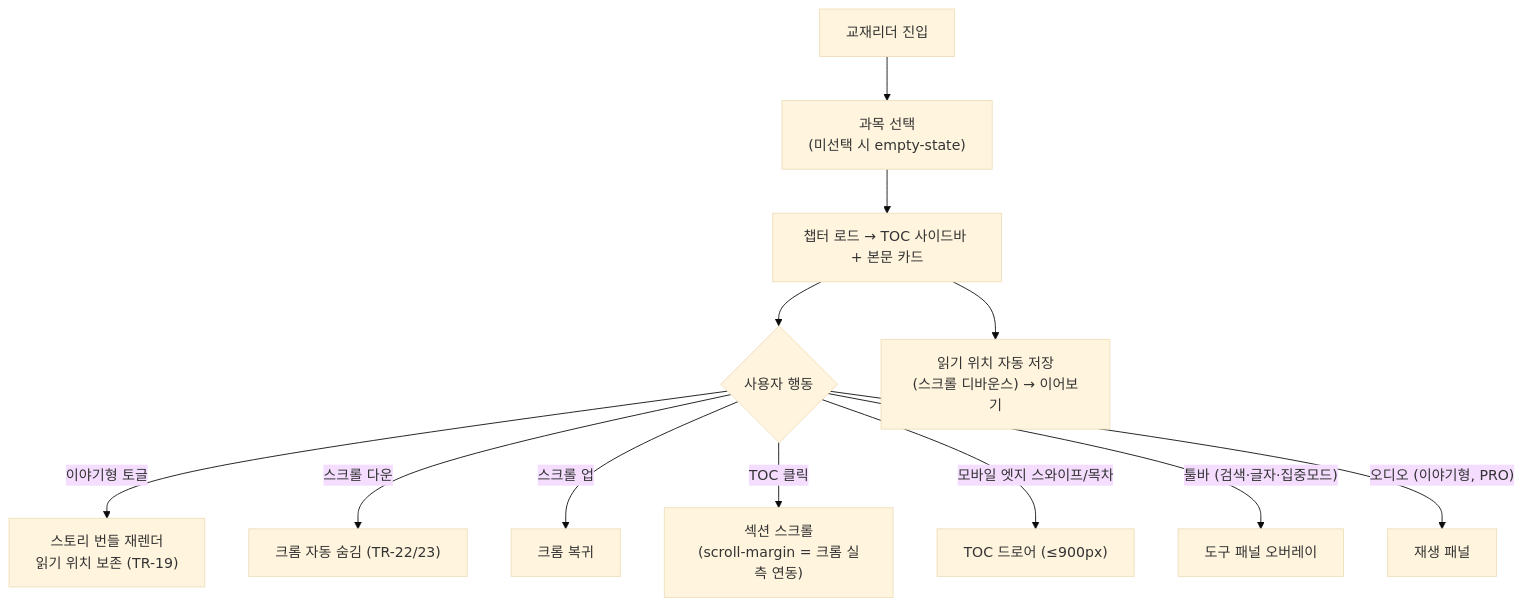
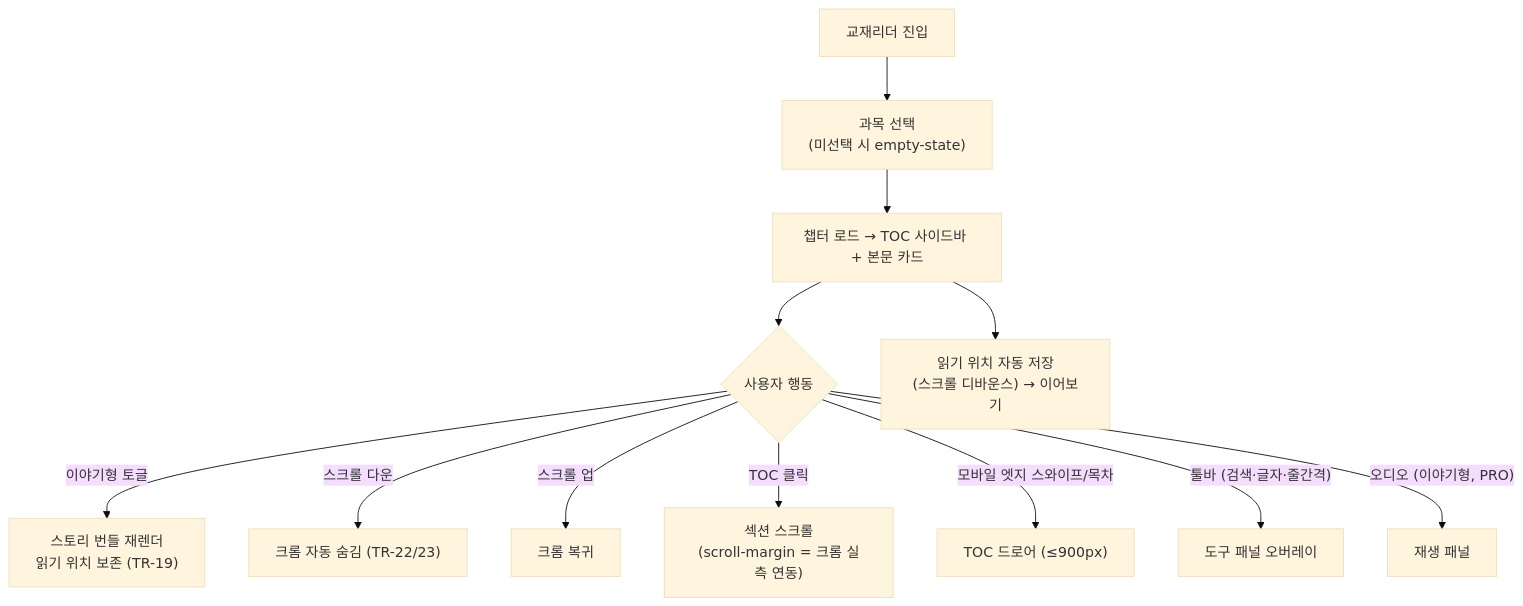
One commit to skygoldlee-cyber/Personalized_Skincare changed the third of 8 diagrams in docs/dev/design/USER_FLOW.md. Above: the diagram before and after it, drawn with Mermaid (base theme). The commit also changed other lines of this file and 20 other files, not shown here.

````diff
--- a/docs/dev/design/USER_FLOW.md
+++ b/docs/dev/design/USER_FLOW.md
@@ -59,14 +59,14 @@
 ```mermaid
 flowchart TD
     A["교재리더 진입"] --> B["과목 선택<br/>(미선택 시 empty-state)"]
     B --> C["챕터 로드 → TOC 사이드바 + 본문 카드"]
     C --> D{"사용자 행동"}
     D -->|"이야기형 토글"| E["스토리 번들 재렌더<br/>읽기 위치 보존 (TR-19)"]
     D -->|"스크롤 다운"| F["크롬 자동 숨김 (TR-22/23)"]
     D -->|"스크롤 업"| G["크롬 복귀"]
     D -->|"TOC 클릭"| H["섹션 스크롤<br/>(scroll-margin = 크롬 실측 연동)"]
     D -->|"모바일 엣지 스와이프/목차"| I["TOC 드로어 (≤900px)"]
-    D -->|"툴바 (검색·글자·집중모드)"| J["도구 패널 오버레이"]
+    D -->|"툴바 (검색·글자·줄간격)"| J["도구 패널 오버레이"]
     D -->|"오디오 (이야기형, PRO)"| K["재생 패널"]
     C --> L["읽기 위치 자동 저장<br/>(스크롤 디바운스) → 이어보기"]
 ```
````
